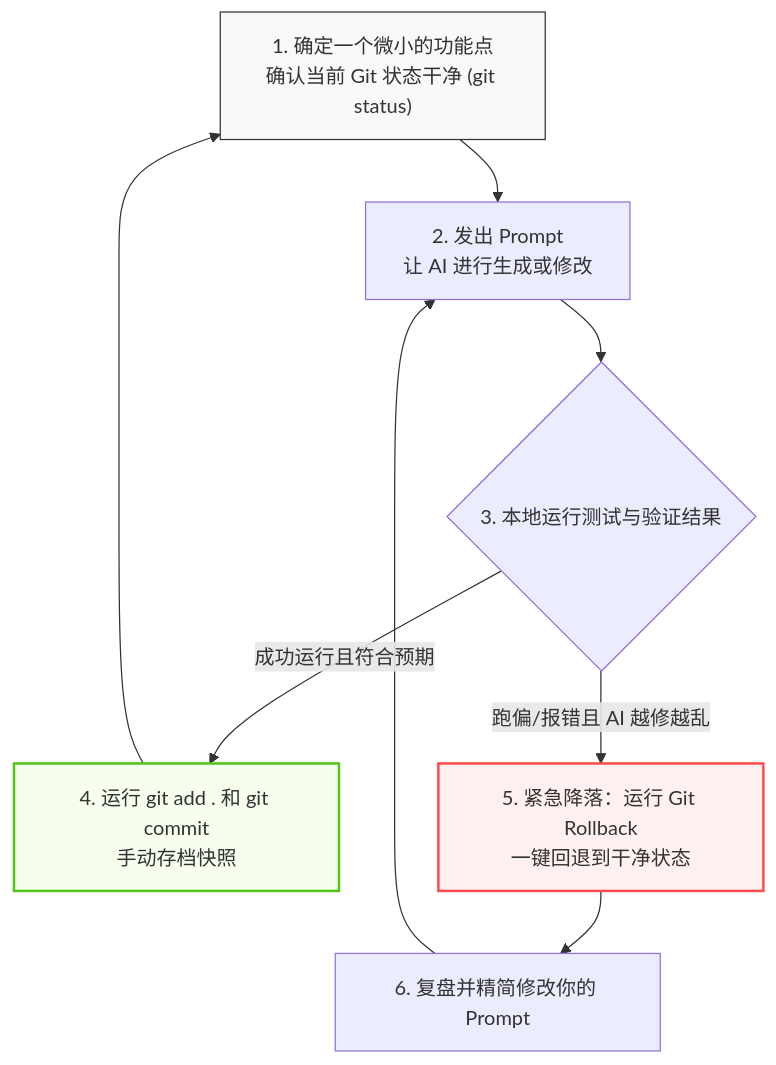
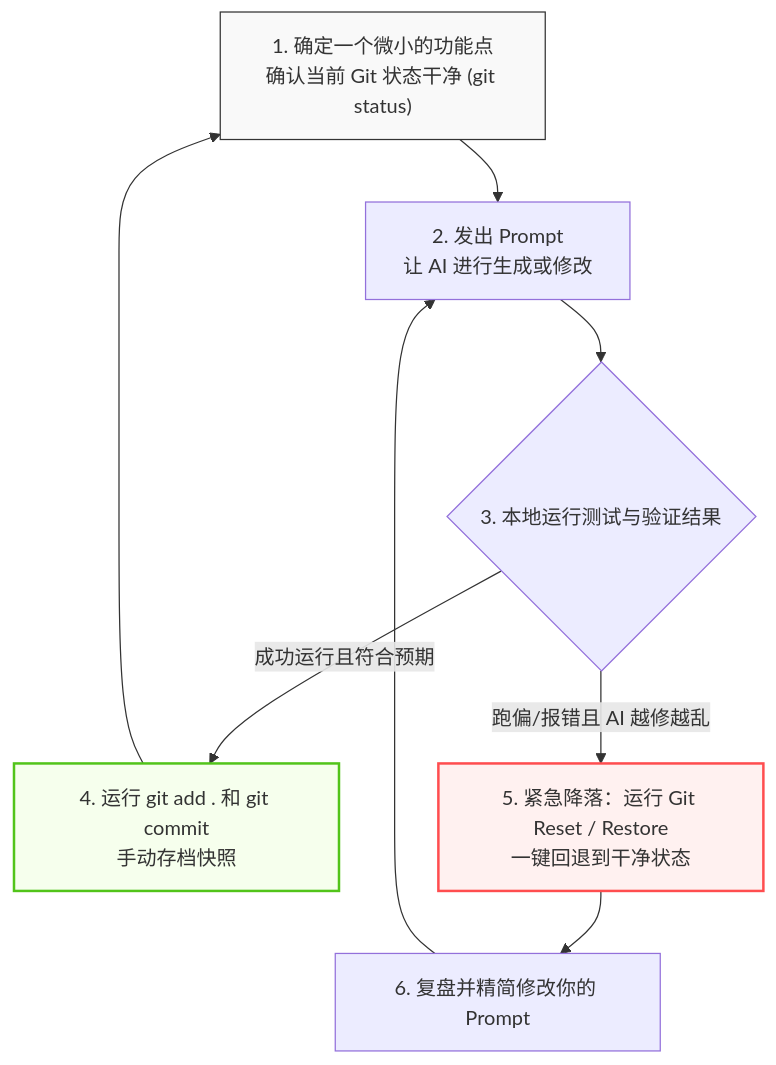
The second of 2 diagrams in docs/git_basics.md (ruanqizhen/cocode), drawn with Mermaid before and after one commit. The commit also changed 51 other files, not shown here.

````diff
--- a/docs/git_basics.md
+++ b/docs/git_basics.md
@@ -172,17 +172,17 @@
 ```mermaid
 graph TD
     Start["1. 确定一个微小的功能点<br>确认当前 Git 状态干净 (git status)"] --> Code["2. 发出 Prompt<br>让 AI 进行生成或修改"]
     Code --> Test{"3. 本地运行测试与验证结果"}
     
     Test -- "成功运行且符合预期" --> Commit["4. 运行 git add . 和 git commit<br>手动存档快照"]
     Commit --> Start
     
-    Test -- "跑偏/报错且 AI 越修越乱" --> Rollback["5. 紧急降落：运行 Git Rollback<br>一键回退到干净状态"]
+    Test -- "跑偏/报错且 AI 越修越乱" --> Rollback["5. 紧急降落：运行 Git Reset / Restore<br>一键回退到干净状态"]
     Rollback --> Refine["6. 复盘并精简修改你的 Prompt"]
     Refine --> Code
 
     style Start fill:#f9f9f9,stroke:#333
     style Commit fill:#f6ffed,stroke:#52c41a,stroke-width:2px
     style Rollback fill:#fff1f0,stroke:#ff4d4f,stroke-width:2px
 
 ```
````
